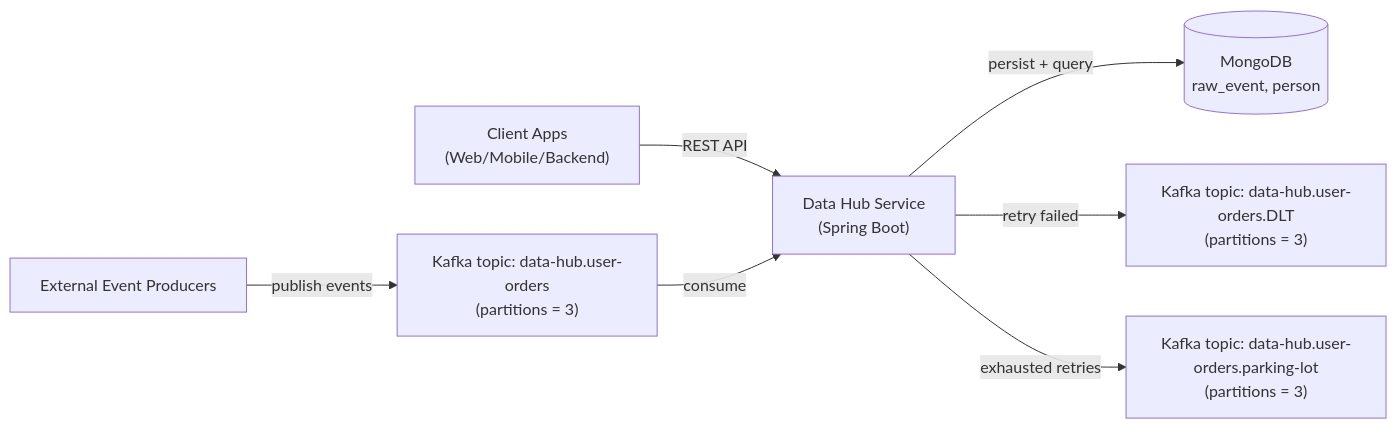
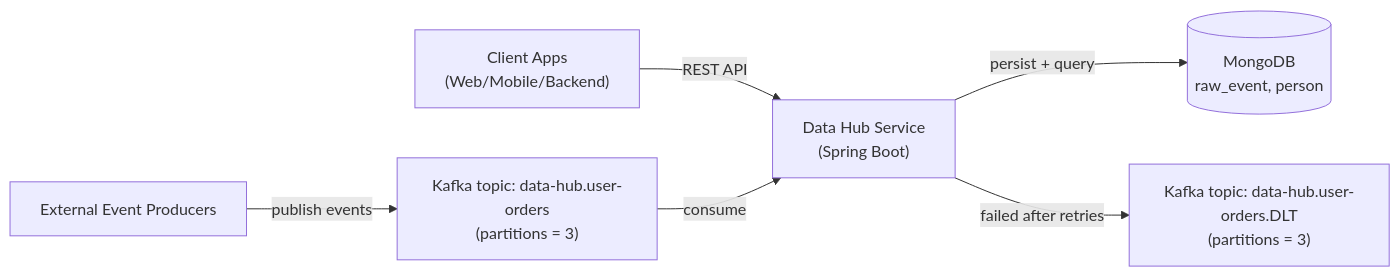
Before and after one commit to nguyentrongvy151995/data-hub: the first of 3 diagrams in README.md, drawn with Mermaid. The commit also changed other lines of this file and 5 other files, not shown here.

````diff
--- a/README.md
+++ b/README.md
@@ -19,17 +19,15 @@
 ```mermaid
 flowchart LR
     Client["Client Apps\n(Web/Mobile/Backend)"]
     Producer["External Event Producers"]
     Service["Data Hub Service\n(Spring Boot)"]
     Raw["Kafka topic: data-hub.user-orders\n(partitions = 3)"]
     Dlt["Kafka topic: data-hub.user-orders.DLT\n(partitions = 3)"]
-    Park["Kafka topic: data-hub.user-orders.parking-lot\n(partitions = 3)"]
     Mongo[("MongoDB\nraw_event, person")]
 
     Client -->|REST API| Service
     Producer -->|publish events| Raw
     Raw -->|consume| Service
     Service -->|persist + query| Mongo
-    Service -->|retry failed| Dlt
-    Service -->|exhausted retries| Park
+    Service -->|failed after retries| Dlt
 ```
````
